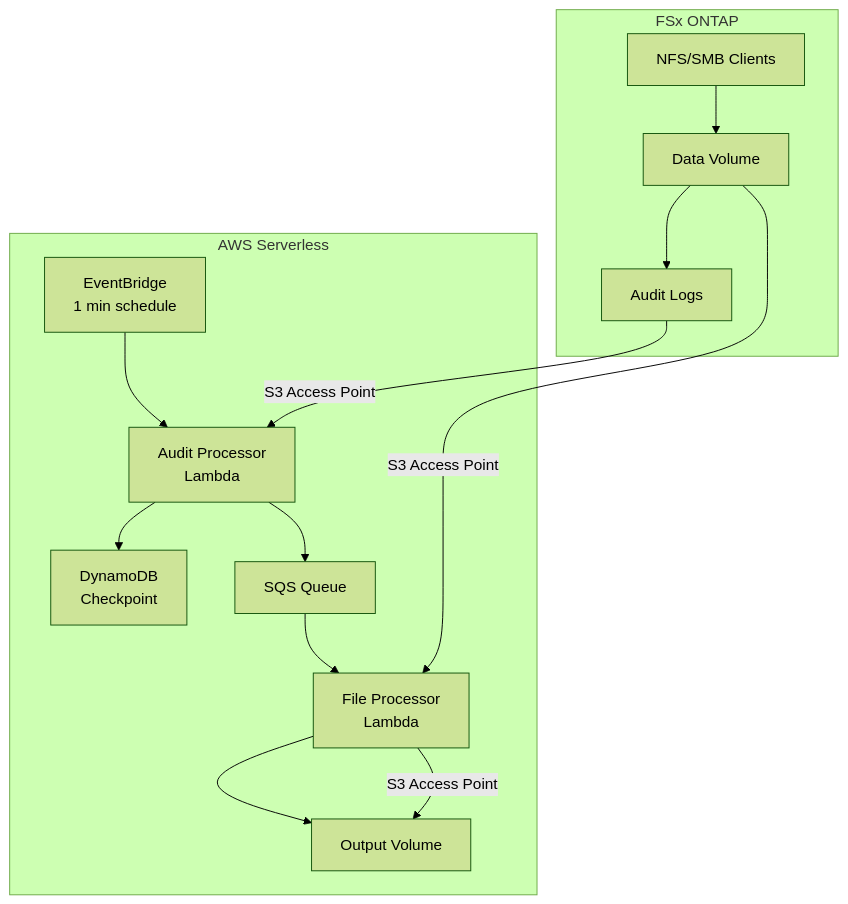
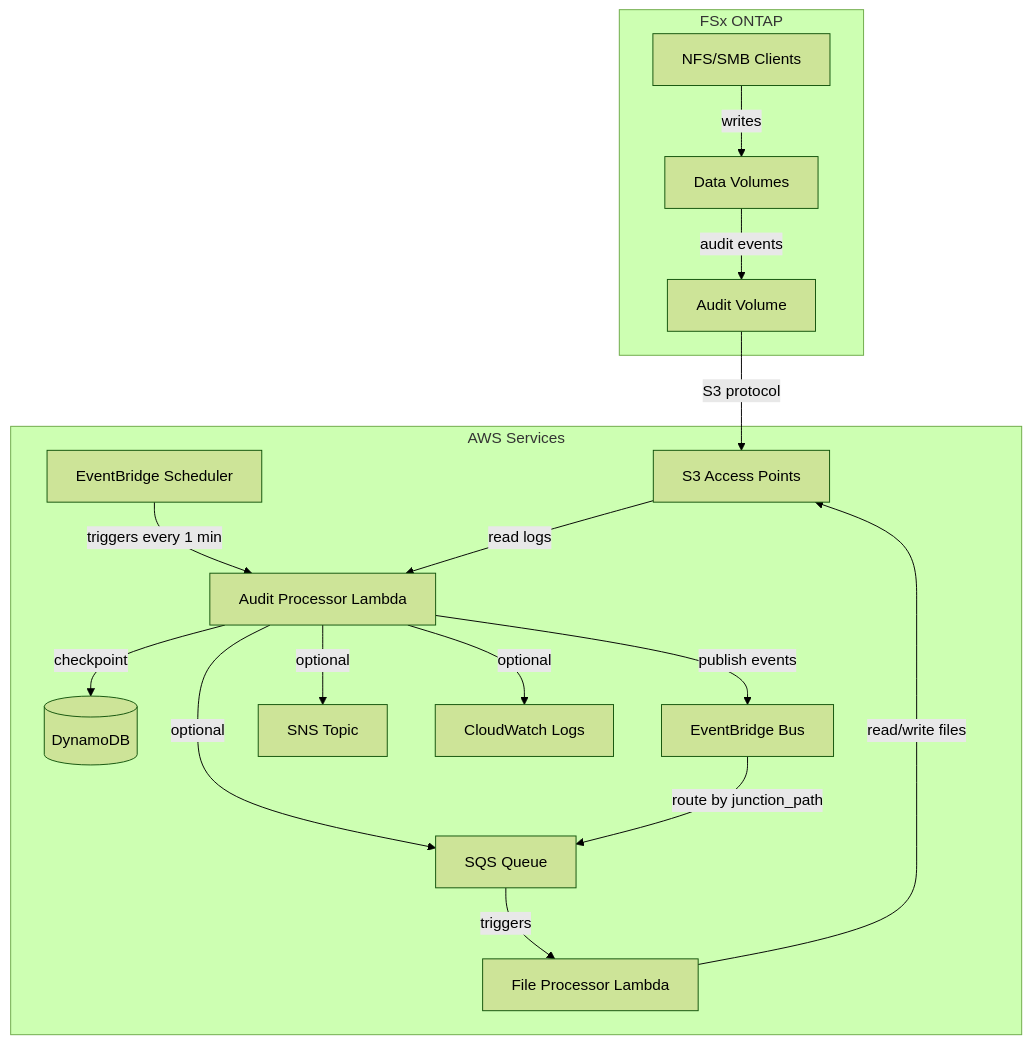
The first of 2 diagrams in .agents/summary/architecture.md (aws-samples/sample-fsx-ontap-audit-events), drawn with Mermaid (forest theme) before and after one commit. The commit also changed other lines of this file and 20 other files, not shown here.

First line of the commit message:
refactor: simplify to EventBridge-only output with optional example deployment

````diff
--- a/.agents/summary/architecture.md
+++ b/.agents/summary/architecture.md
@@ -5,19 +5,34 @@
 ```mermaid
 graph TB
     subgraph "FSx ONTAP"
-        A[NFS/SMB Clients] --> B[Data Volume]
-        B --> C[Audit Logs]
+        NFS[NFS/SMB Clients]
+        AV[Audit Volume]
+        DV[Data Volumes]
     end
     
-    subgraph "AWS Serverless"
-        D[EventBridge<br/>1 min schedule] --> E[Audit Processor<br/>Lambda]
-        E --> F[DynamoDB<br/>Checkpoint]
-        E --> G[SQS Queue]
-        G --> H[File Processor<br/>Lambda]
-        H --> I[Output Volume]
+    subgraph "AWS Services"
+        S3AP[S3 Access Points]
+        EB[EventBridge Scheduler]
+        AP[Audit Processor Lambda]
+        DDB[(DynamoDB)]
+        BUS[EventBridge Bus]
+        SQS[SQS Queue]
+        SNS[SNS Topic]
+        CW[CloudWatch Logs]
+        FP[File Processor Lambda]
     end
     
-    C -->|S3 Access Point| E
-    B -->|S3 Access Point| H
-    H -->|S3 Access Point| I
+    NFS -->|writes| DV
+    DV -->|audit events| AV
+    AV -->|S3 protocol| S3AP
+    EB -->|triggers every 1 min| AP
+    S3AP -->|read logs| AP
+    AP -->|checkpoint| DDB
+    AP -->|publish events| BUS
+    AP -->|optional| SQS
+    AP -->|optional| SNS
+    AP -->|optional| CW
+    BUS -->|route by junction_path| SQS
+    SQS -->|triggers| FP
+    FP -->|read/write files| S3AP
 ```
````
